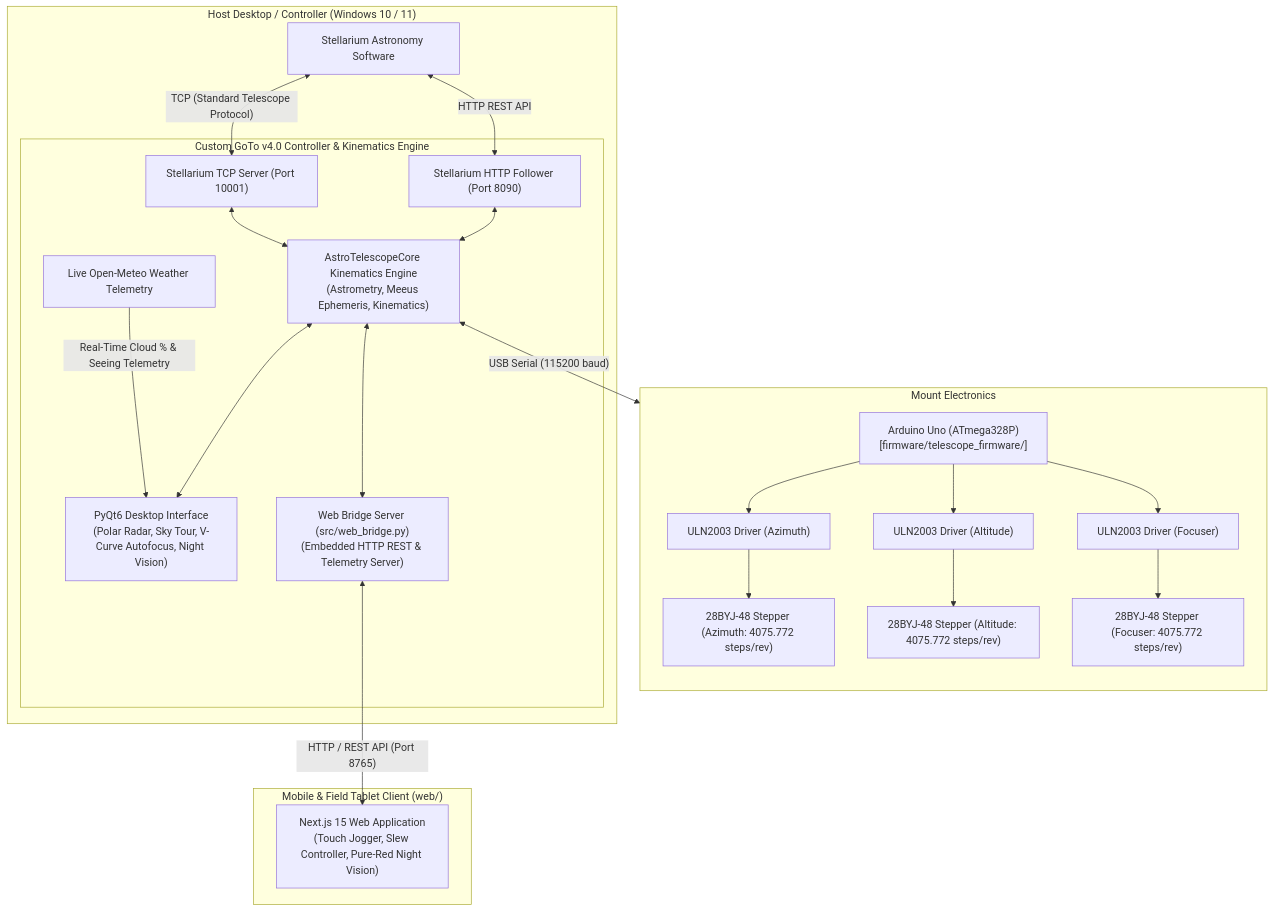
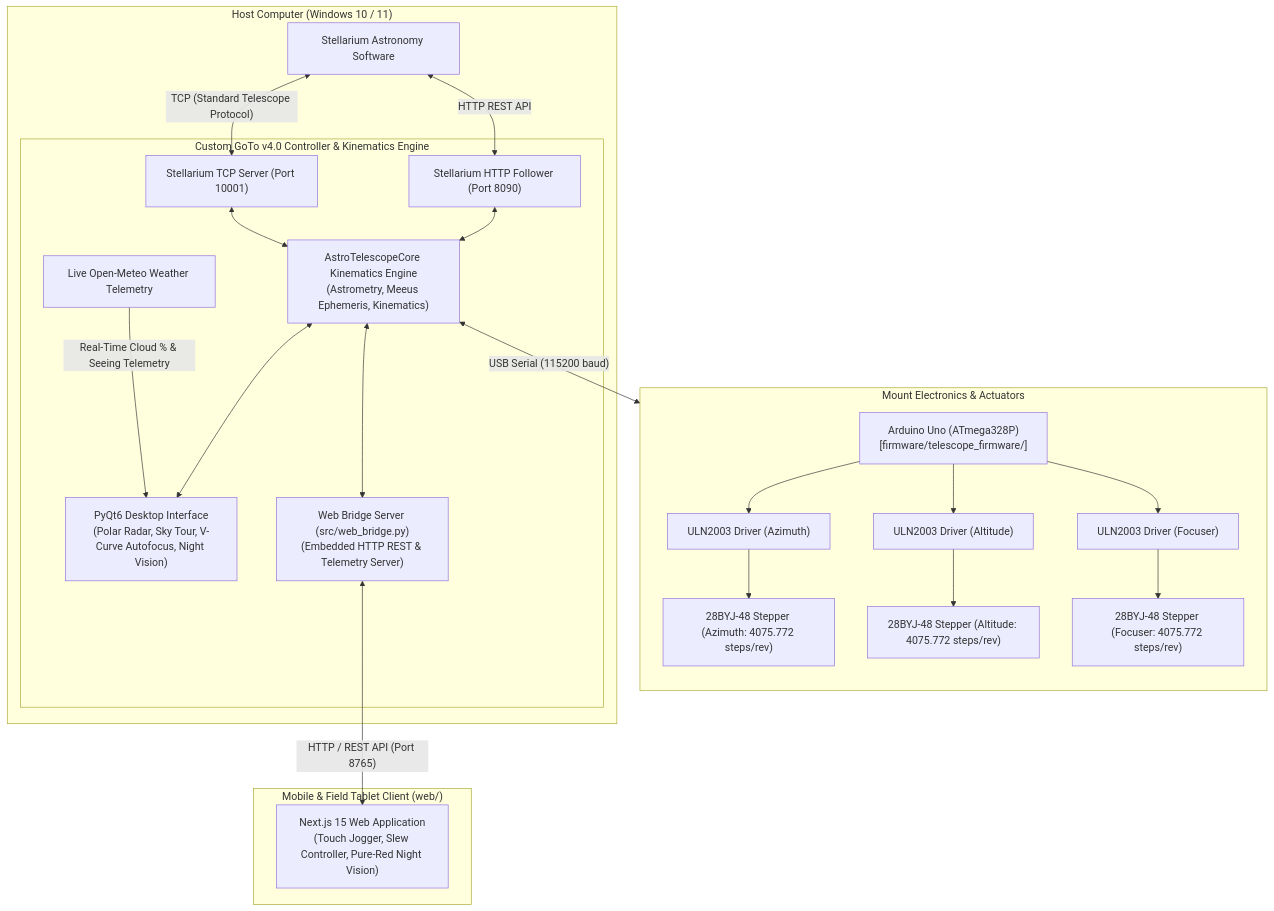
The first of 2 diagrams in README.md (Hitesh070/Custom-GoTo-Telescope), drawn with Mermaid before and after one commit. The commit also changed other lines of this file, not shown here.

````diff
--- a/README.md
+++ b/README.md
@@ -48,42 +110,42 @@
 ```mermaid
 flowchart TD
-    subgraph PC["Host Desktop / Controller (Windows 10 / 11)"]
+    subgraph PC ["Host Computer (Windows 10 / 11)"]
         S["Stellarium Astronomy Software"]
-        subgraph BridgeApp["Custom GoTo v4.0 Controller & Kinematics Engine"]
+        subgraph BridgeApp ["Custom GoTo v4.0 Controller & Kinematics Engine"]
             ST_SRV["Stellarium TCP Server (Port 10001)"]
             HTTP_CLI["Stellarium HTTP Follower (Port 8090)"]
             WX_SVC["Live Open-Meteo Weather Telemetry"]
             CORE["AstroTelescopeCore Kinematics Engine\n(Astrometry, Meeus Ephemeris, Kinematics)"]
             GUI["PyQt6 Desktop Interface\n(Polar Radar, Sky Tour, V-Curve Autofocus, Night Vision)"]
             WEB_BRIDGE["Web Bridge Server (src/web_bridge.py)\n(Embedded HTTP REST & Telemetry Server)"]
         end
     end
 
-    subgraph WebClient["Mobile & Field Tablet Client (web/)"]
+    subgraph WebClient ["Mobile & Field Tablet Client (web/)"]
         NEXT["Next.js 15 Web Application\n(Touch Jogger, Slew Controller, Pure-Red Night Vision)"]
     end
 
-    subgraph Hardware["Mount Electronics"]
+    subgraph Hardware ["Mount Electronics & Actuators"]
         direction TB
         UNO["Arduino Uno (ATmega328P)\n[firmware/telescope_firmware/]"]
         ULN_AZ["ULN2003 Driver (Azimuth)"]
         ULN_ALT["ULN2003 Driver (Altitude)"]
         ULN_FOC["ULN2003 Driver (Focuser)"]
         M_AZ["28BYJ-48 Stepper (Azimuth: 4075.772 steps/rev)"]
         M_ALT["28BYJ-48 Stepper (Altitude: 4075.772 steps/rev)"]
         M_FOC["28BYJ-48 Stepper (Focuser: 4075.772 steps/rev)"]
     end
 
     S <-->|"TCP (Standard Telescope Protocol)"| ST_SRV
     S <-->|"HTTP REST API"| HTTP_CLI
     WX_SVC -->|"Real-Time Cloud % & Seeing Telemetry"| GUI
     ST_SRV <--> CORE
     HTTP_CLI <--> CORE
     CORE <--> GUI
     CORE <--> WEB_BRIDGE
     WEB_BRIDGE <-->|"HTTP / REST API (Port 8765)"| NEXT
     CORE <-->|"USB Serial (115200 baud)"| UNO
     UNO --> ULN_AZ --> M_AZ
     UNO --> ULN_ALT --> M_ALT
     UNO --> ULN_FOC --> M_FOC
 ```
````
